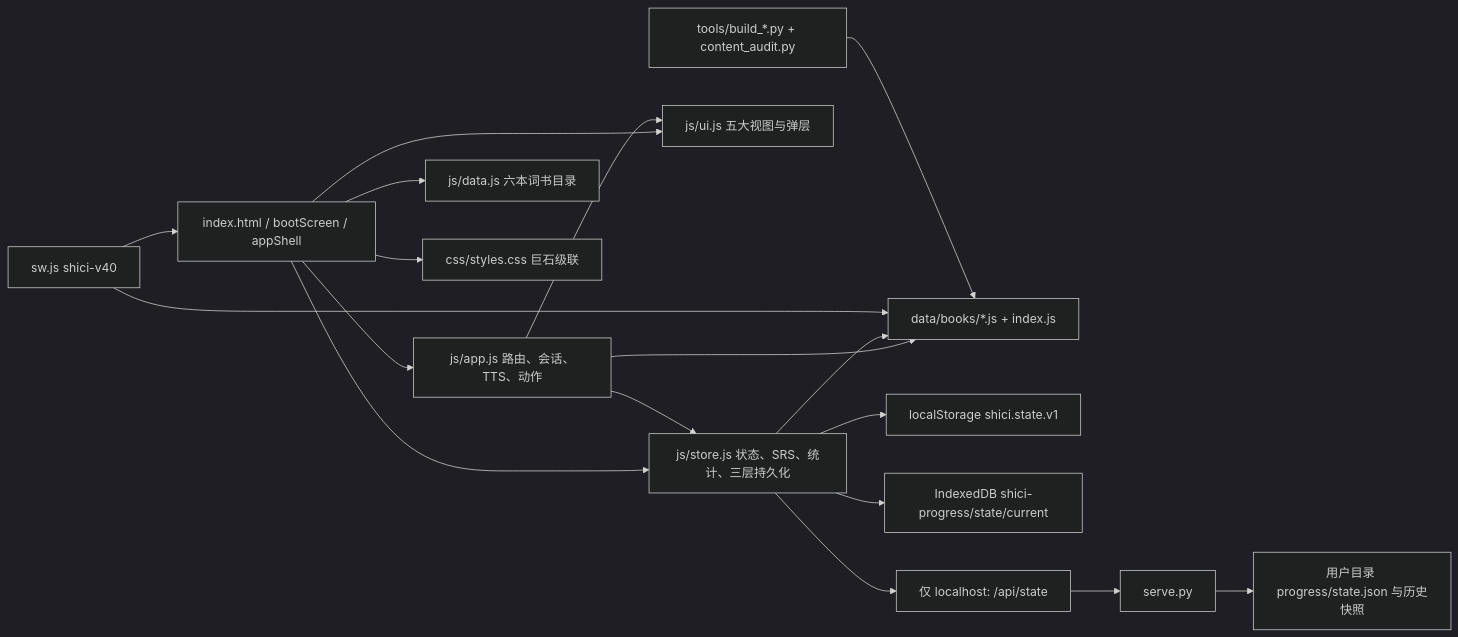
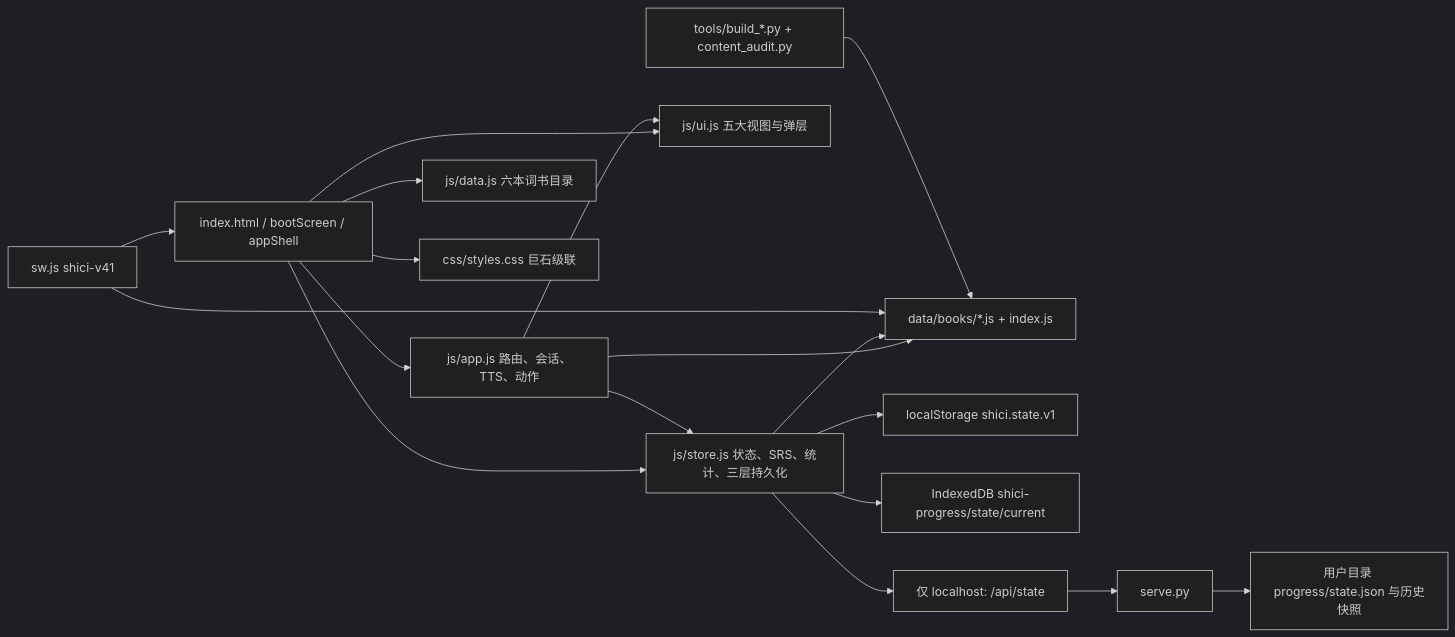
One commit to weijialiang2023/shici changed the first of 7 diagrams in docs/system_design.md. Above: the diagram before and after it, drawn with Mermaid (dark theme). The commit also changed other lines of this file and 11 other files, not shown here.

````diff
--- a/docs/system_design.md
+++ b/docs/system_design.md
@@ -11,20 +11,20 @@
 ```mermaid
 flowchart LR
     H[index.html / bootScreen / appShell] --> A[js/app.js 路由、会话、TTS、动作]
     H --> S[js/store.js 状态、SRS、统计、三层持久化]
     H --> U[js/ui.js 五大视图与弹层]
     H --> D[js/data.js 六本词书目录]
     H --> CSS[css/styles.css 巨石级联]
     A --> S
     A --> U
     A --> B[data/books/*.js + index.js]
     S --> B
     S --> L[localStorage shici.state.v1]
     S --> I[IndexedDB shici-progress/state/current]
     S --> API[仅 localhost: /api/state]
     API --> PY[serve.py]
     PY --> P[用户目录 progress/state.json 与历史快照]
-    SW[sw.js shici-v40] --> H
+    SW[sw.js shici-v41] --> H
     SW --> B
     ETL[tools/build_*.py + content_audit.py] --> B
 ```
````
